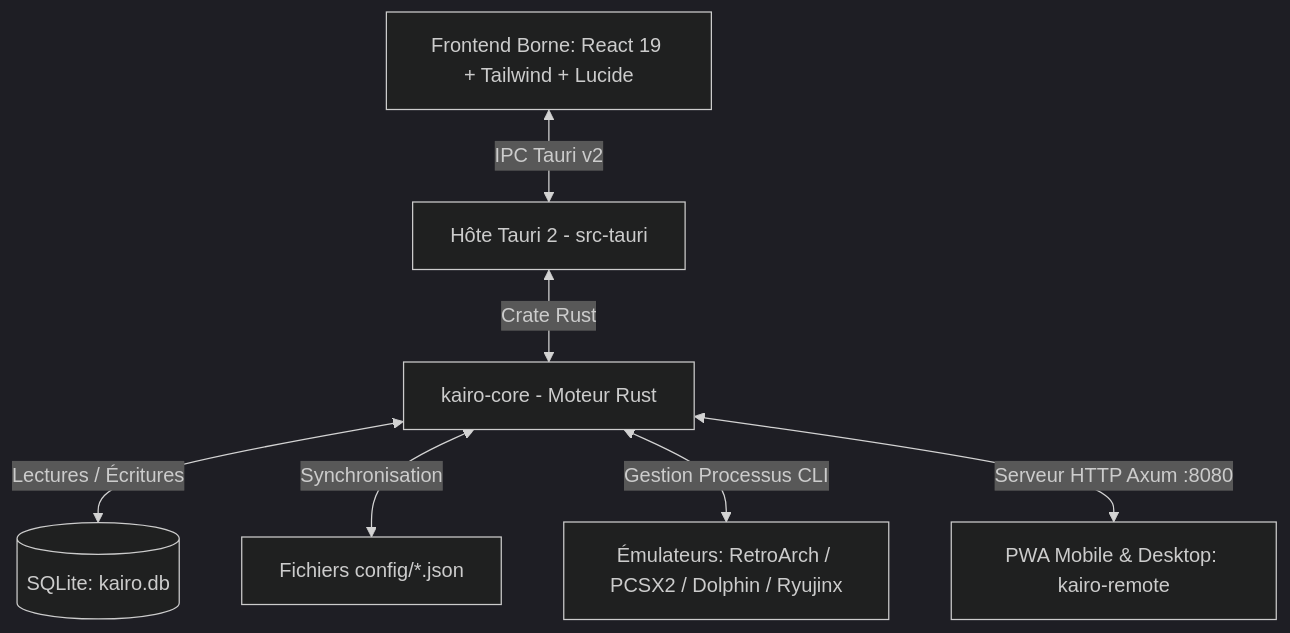
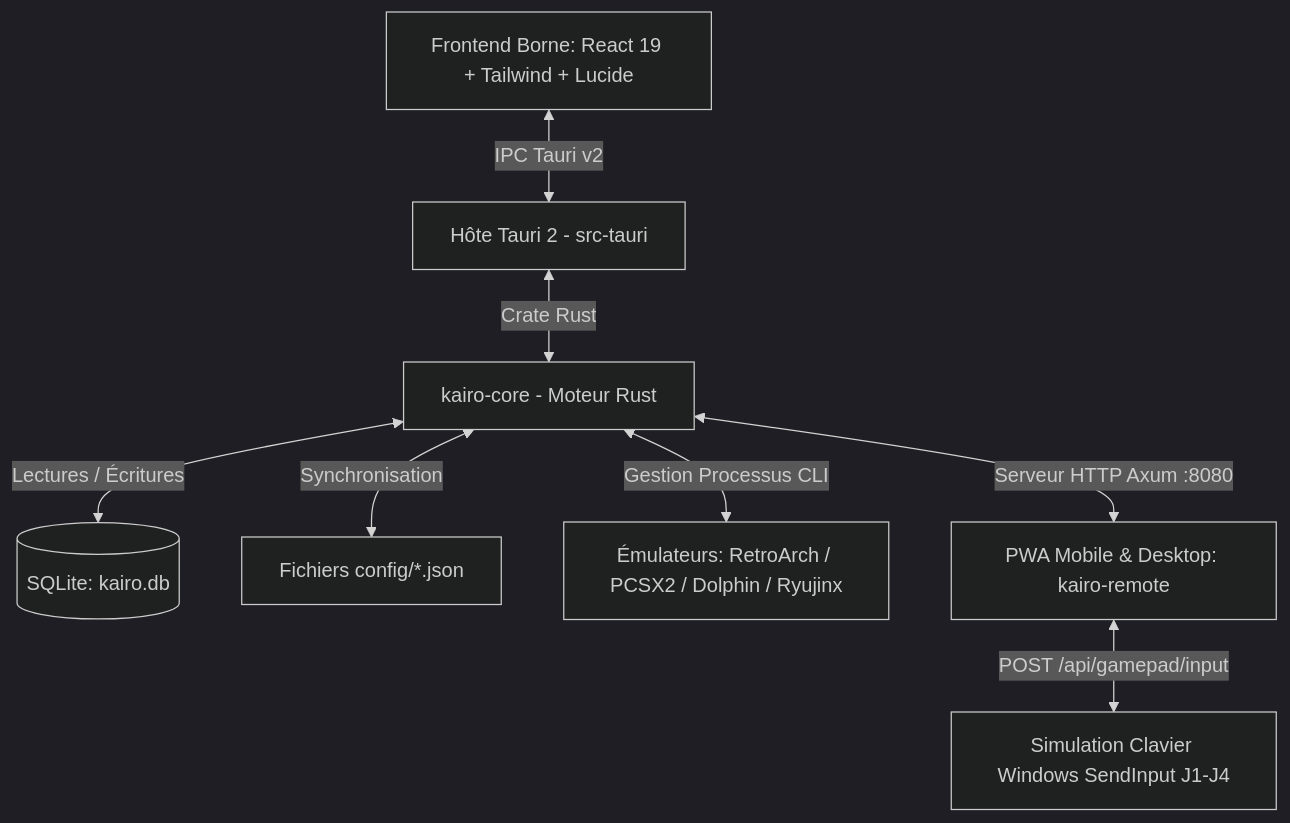
The diagram in KAIRO_SYSTEM_OVERVIEW.md (NayrolfRdgs/KairoOS), drawn with Mermaid (dark theme) before and after one commit. The commit also changed other lines of this file, not shown here.

Commit message:
docs: update overview with mandatory login, sober theme and multi-phone gamepad remote

````diff
--- a/KAIRO_SYSTEM_OVERVIEW.md
+++ b/KAIRO_SYSTEM_OVERVIEW.md
@@ -26,9 +28,10 @@
 ```mermaid
 graph TD
     UI[Frontend Borne: React 19 + Tailwind + Lucide] <-->|IPC Tauri v2| Host[Hôte Tauri 2 - src-tauri]
     Host <-->|Crate Rust| Core[kairo-core - Moteur Rust]
     Core <-->|Lectures / Écritures| DB[(SQLite: kairo.db)]
     Core <-->|Synchronisation| JSON[Fichiers config/*.json]
     Core <-->|Gestion Processus CLI| EMU[Émulateurs: RetroArch / PCSX2 / Dolphin / Ryujinx]
     Core <-->|Serveur HTTP Axum :8080| PWA[PWA Mobile & Desktop: kairo-remote]
+    PWA <-->|POST /api/gamepad/input| InputSim[Simulation Clavier Windows SendInput J1-J4]
 ```
````
